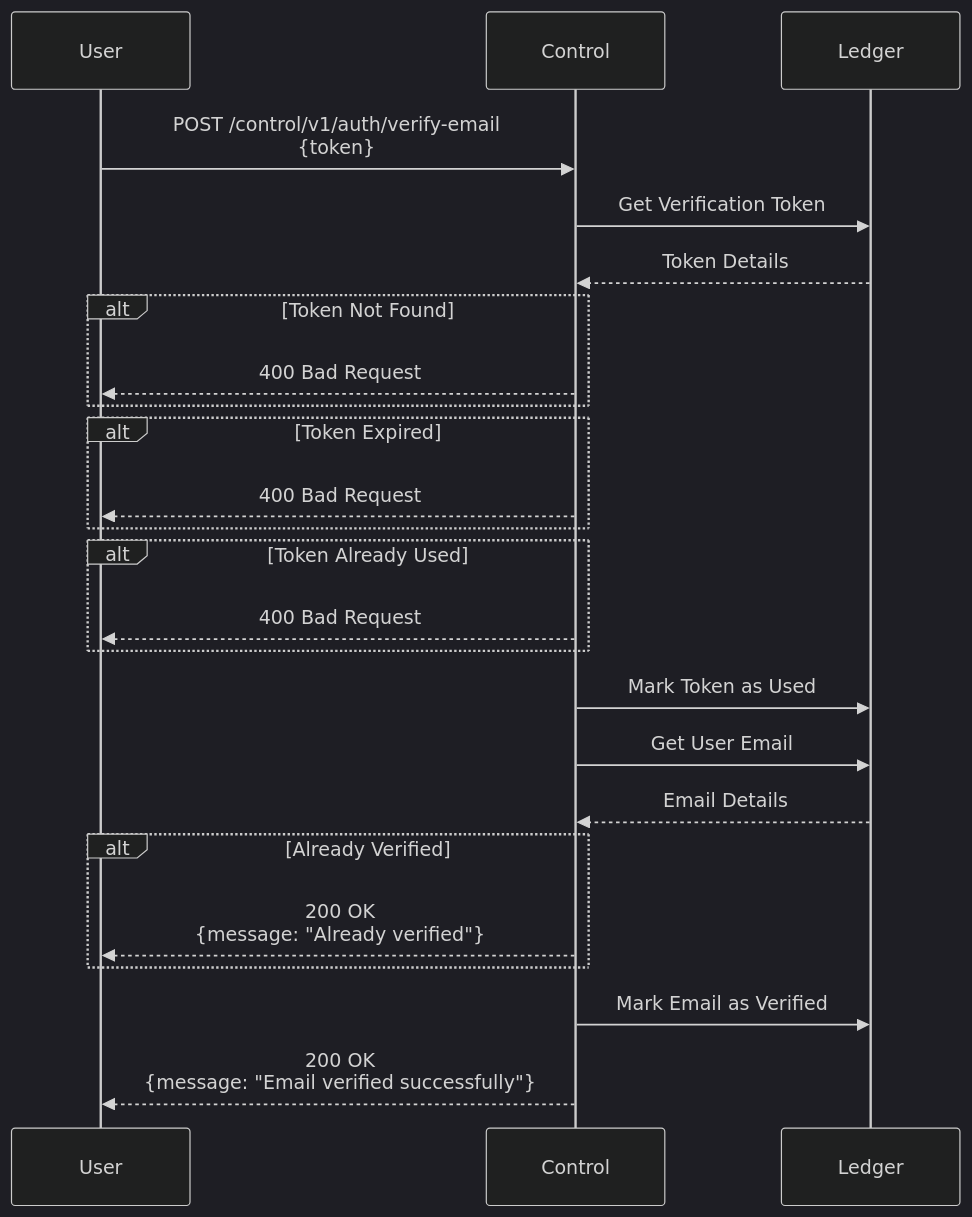
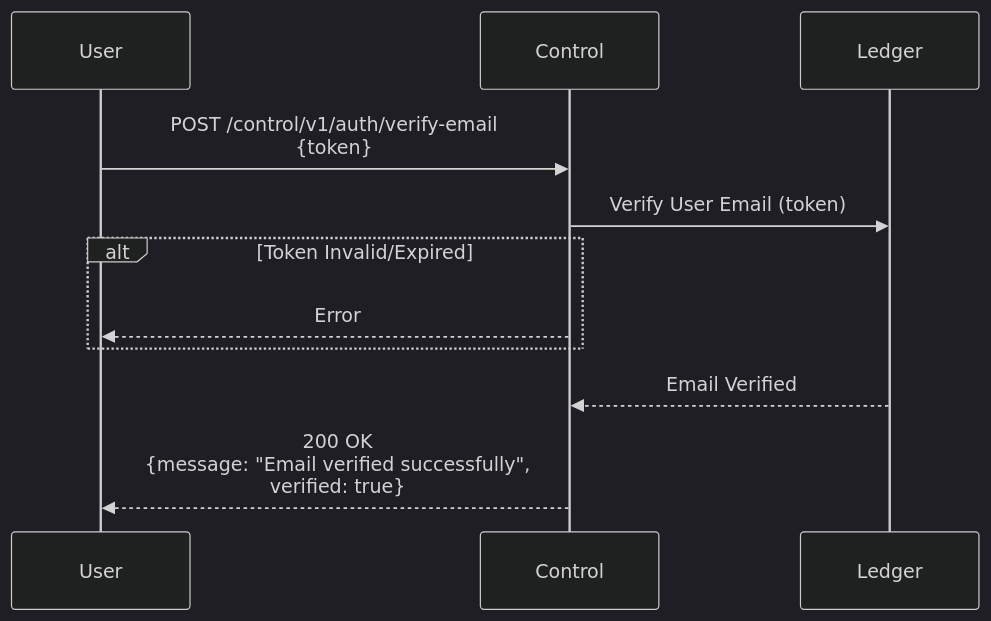
The seventh of 10 diagrams in docs/flows.md (inferadb/control), drawn with Mermaid (dark theme) before and after one commit. The commit also changed other lines of this file and 46 other files, not shown here.

````diff
--- a/docs/flows.md
+++ b/docs/flows.md
@@ -312,35 +227,18 @@
 ```mermaid
 sequenceDiagram
     participant User
     participant API as Control
     participant DB as Ledger
 
     User->>API: POST /control/v1/auth/verify-email<br/>{token}
 
-    API->>DB: Get Verification Token
-    DB-->>API: Token Details
+    API->>DB: Verify User Email (token)
 
-    alt Token Not Found
-        API-->>User: 400 Bad Request
+    alt Token Invalid/Expired
+        API-->>User: Error
     end
 
-    alt Token Expired
-        API-->>User: 400 Bad Request
-    end
+    DB-->>API: Email Verified
 
-    alt Token Already Used
-        API-->>User: 400 Bad Request
-    end
-
-    API->>DB: Mark Token as Used
-    API->>DB: Get User Email
-    DB-->>API: Email Details
-
-    alt Already Verified
-        API-->>User: 200 OK<br/>{message: "Already verified"}
-    end
-
-    API->>DB: Mark Email as Verified
-
-    API-->>User: 200 OK<br/>{message: "Email verified successfully"}
+    API-->>User: 200 OK<br/>{message: "Email verified successfully",<br/>verified: true}
 ```
````
